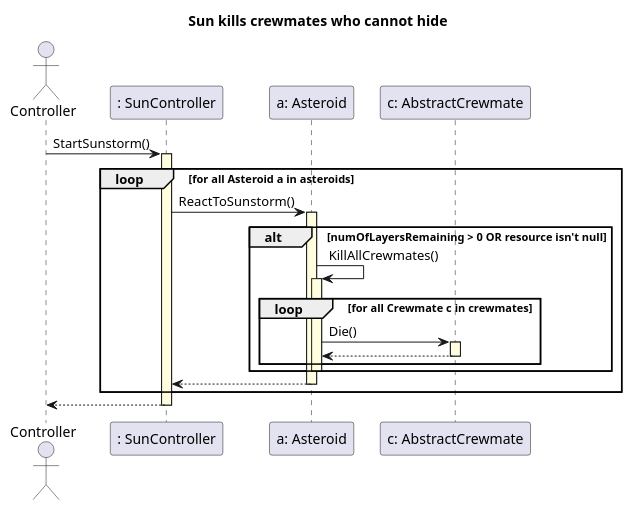
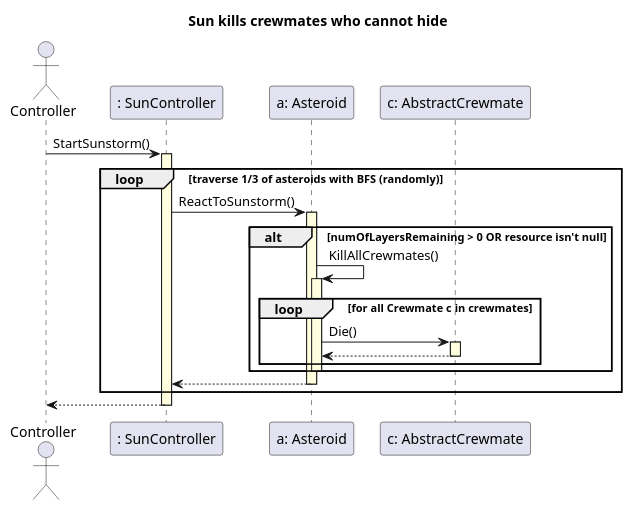
The diagram in uml/original_seq_diagrams/sunstorm.plantuml (triszt4n/projlab_holy_oil), drawn with PlantUML before and after one commit. The commit also changed 2 other files, not shown here.

```diff
--- a/uml/original_seq_diagrams/sunstorm.plantuml
+++ b/uml/original_seq_diagrams/sunstorm.plantuml
@@ -1,39 +1,39 @@
 @startuml
 skinparam SequenceLifeLineBackgroundColor LightYellow
 
 title "Sun kills crewmates who cannot hide"
 
 actor Controller as C
 
 participant ": SunController" as sun
 participant "a: Asteroid" as a
 participant "c: AbstractCrewmate" as c
 
 C -> sun ++ : StartSunstorm()
 
-    loop for all Asteroid a in asteroids
+    loop traverse 1/3 of asteroids with BFS (randomly)
 
         sun -> a ++ : ReactToSunstorm()
 
             alt numOfLayersRemaining > 0 OR resource isn't null
 
                 a -> a ++ : KillAllCrewmates()
 
                     loop for all Crewmate c in crewmates
 
                         a -> c ++ : Die()
                         c --> a --
 
                     end
 
                 deactivate a
 
             end
 
         a --> sun --
 
     end
 
 sun --> C --
 
 @enduml
```
